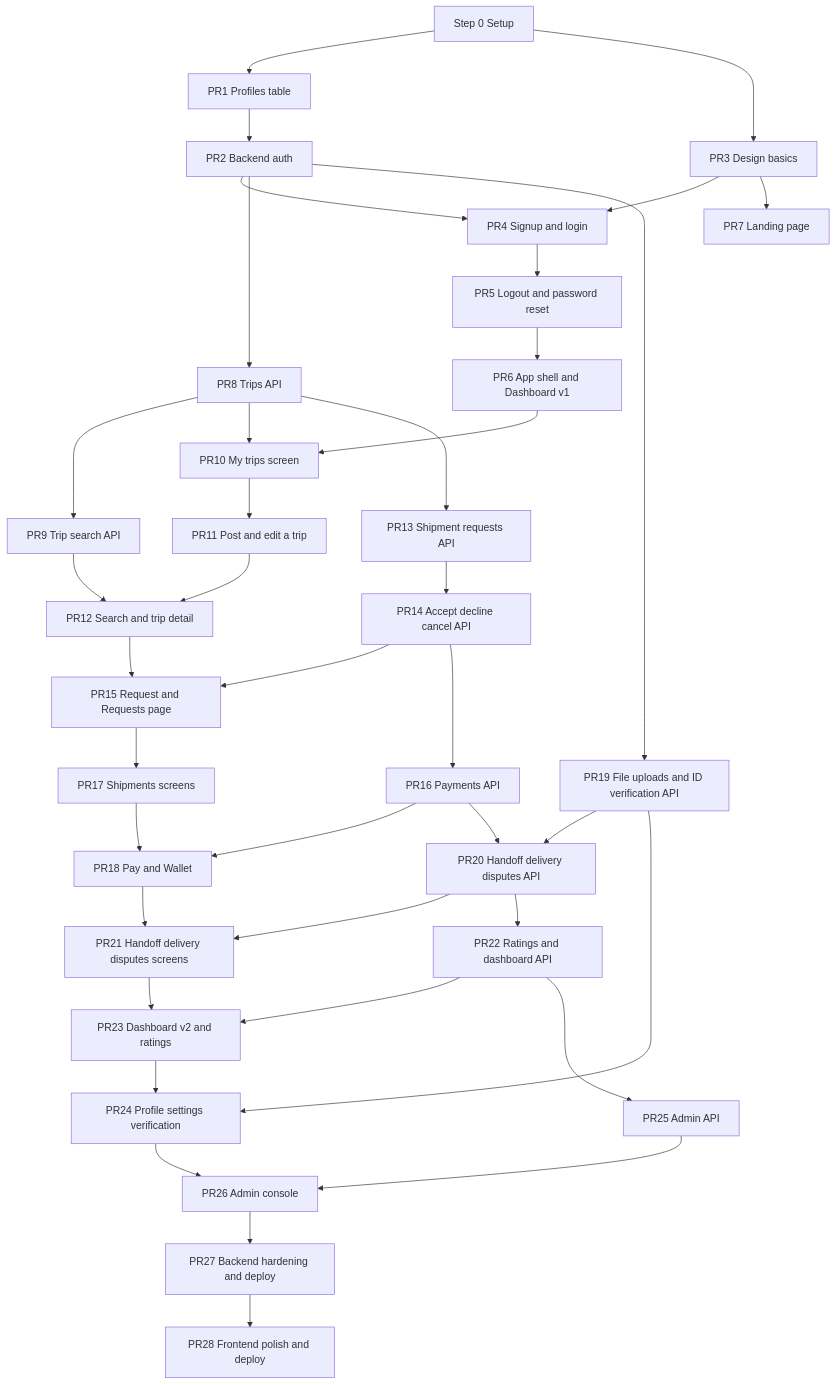
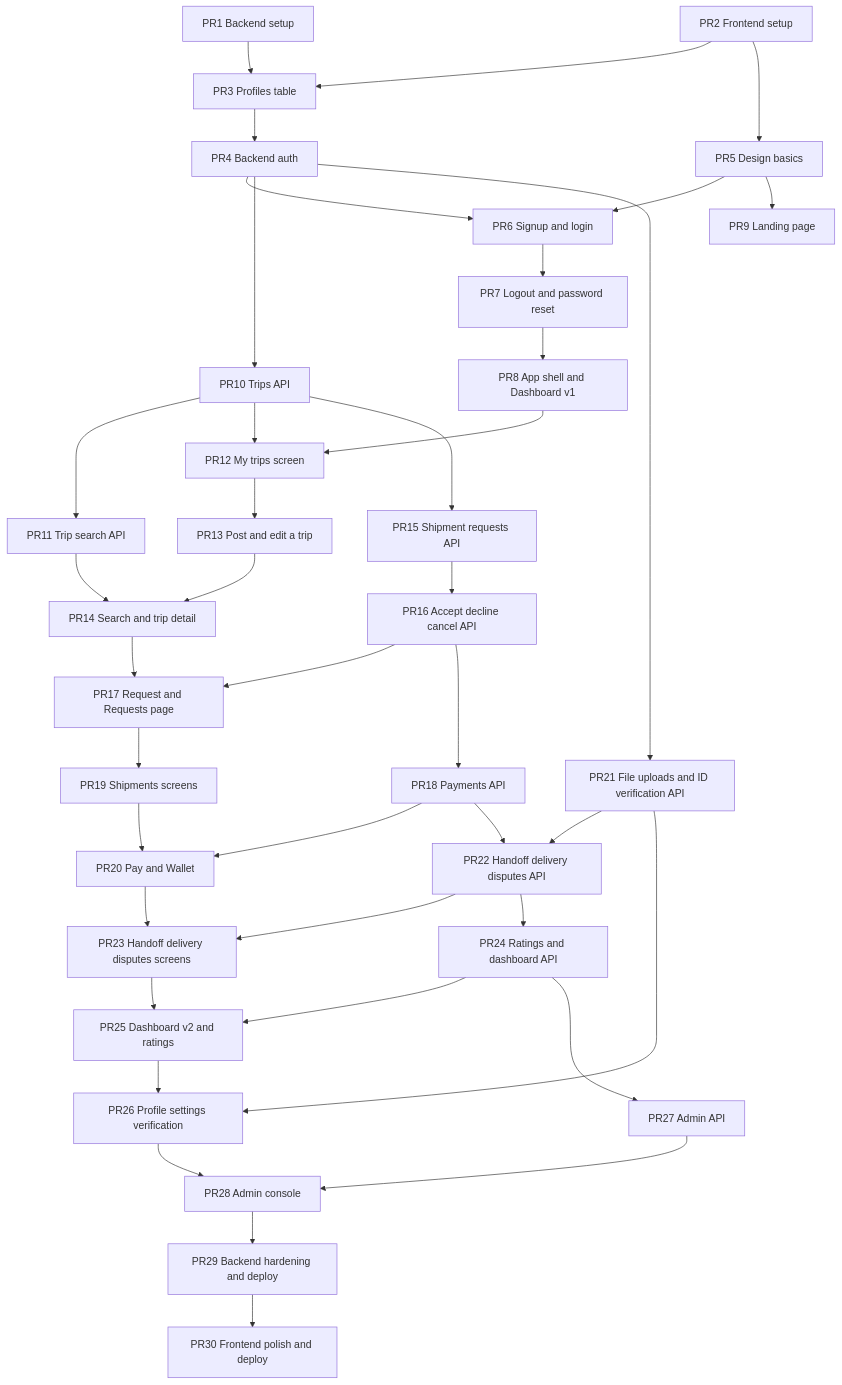
One commit to Abubakar-Zahir/cargoshare changed the third of 4 diagrams in docs/ROADMAP.md. Above: the diagram before and after it, drawn with Mermaid. The commit also changed other lines of this file and 2 other files, not shown here.

First line of the commit message:
docs: renumber roadmap and update working rules

````diff
--- a/docs/ROADMAP.md
+++ b/docs/ROADMAP.md
@@ -160,41 +160,42 @@
 ```mermaid
 flowchart TD
-    S0[Step 0 Setup] --> P1[PR1 Profiles table]
-    P1 --> P2[PR2 Backend auth]
-    S0 --> P3[PR3 Design basics]
-    P2 --> P4[PR4 Signup and login]
-    P3 --> P4
-    P4 --> P5[PR5 Logout and password reset]
-    P5 --> P6[PR6 App shell and Dashboard v1]
-    P3 --> P7[PR7 Landing page]
-    P2 --> P8[PR8 Trips API]
-    P8 --> P9[PR9 Trip search API]
-    P6 --> P10[PR10 My trips screen]
-    P8 --> P10
-    P10 --> P11[PR11 Post and edit a trip]
-    P9 --> P12[PR12 Search and trip detail]
-    P11 --> P12
-    P8 --> P13[PR13 Shipment requests API]
-    P13 --> P14[PR14 Accept decline cancel API]
-    P12 --> P15[PR15 Request and Requests page]
-    P14 --> P15
-    P14 --> P16[PR16 Payments API]
-    P15 --> P17[PR17 Shipments screens]
-    P16 --> P18[PR18 Pay and Wallet]
-    P17 --> P18
-    P2 --> P19[PR19 File uploads and ID verification API]
-    P16 --> P20[PR20 Handoff delivery disputes API]
+    P1[PR1 Backend setup] --> P3[PR3 Profiles table]
+    P2[PR2 Frontend setup] --> P3
+    P3 --> P4[PR4 Backend auth]
+    P2 --> P5[PR5 Design basics]
+    P4 --> P6[PR6 Signup and login]
+    P5 --> P6
+    P6 --> P7[PR7 Logout and password reset]
+    P7 --> P8[PR8 App shell and Dashboard v1]
+    P5 --> P9[PR9 Landing page]
+    P4 --> P10[PR10 Trips API]
+    P10 --> P11[PR11 Trip search API]
+    P8 --> P12[PR12 My trips screen]
+    P10 --> P12
+    P12 --> P13[PR13 Post and edit a trip]
+    P11 --> P14[PR14 Search and trip detail]
+    P13 --> P14
+    P10 --> P15[PR15 Shipment requests API]
+    P15 --> P16[PR16 Accept decline cancel API]
+    P14 --> P17[PR17 Request and Requests page]
+    P16 --> P17
+    P16 --> P18[PR18 Payments API]
+    P17 --> P19[PR19 Shipments screens]
+    P18 --> P20[PR20 Pay and Wallet]
     P19 --> P20
-    P20 --> P21[PR21 Handoff delivery disputes screens]
-    P18 --> P21
-    P20 --> P22[PR22 Ratings and dashboard API]
-    P22 --> P23[PR23 Dashboard v2 and ratings]
-    P21 --> P23
-    P19 --> P24[PR24 Profile settings verification]
-    P23 --> P24
-    P22 --> P25[PR25 Admin API]
-    P25 --> P26[PR26 Admin console]
-    P24 --> P26
-    P26 --> P27[PR27 Backend hardening and deploy]
-    P27 --> P28[PR28 Frontend polish and deploy]
+    P4 --> P21[PR21 File uploads and ID verification API]
+    P18 --> P22[PR22 Handoff delivery disputes API]
+    P21 --> P22
+    P22 --> P23[PR23 Handoff delivery disputes screens]
+    P20 --> P23
+    P22 --> P24[PR24 Ratings and dashboard API]
+    P24 --> P25[PR25 Dashboard v2 and ratings]
+    P23 --> P25
+    P21 --> P26[PR26 Profile settings verification]
+    P25 --> P26
+    P24 --> P27[PR27 Admin API]
+    P27 --> P28[PR28 Admin console]
+    P26 --> P28
+    P28 --> P29[PR29 Backend hardening and deploy]
+    P29 --> P30[PR30 Frontend polish and deploy]
 ```
````
